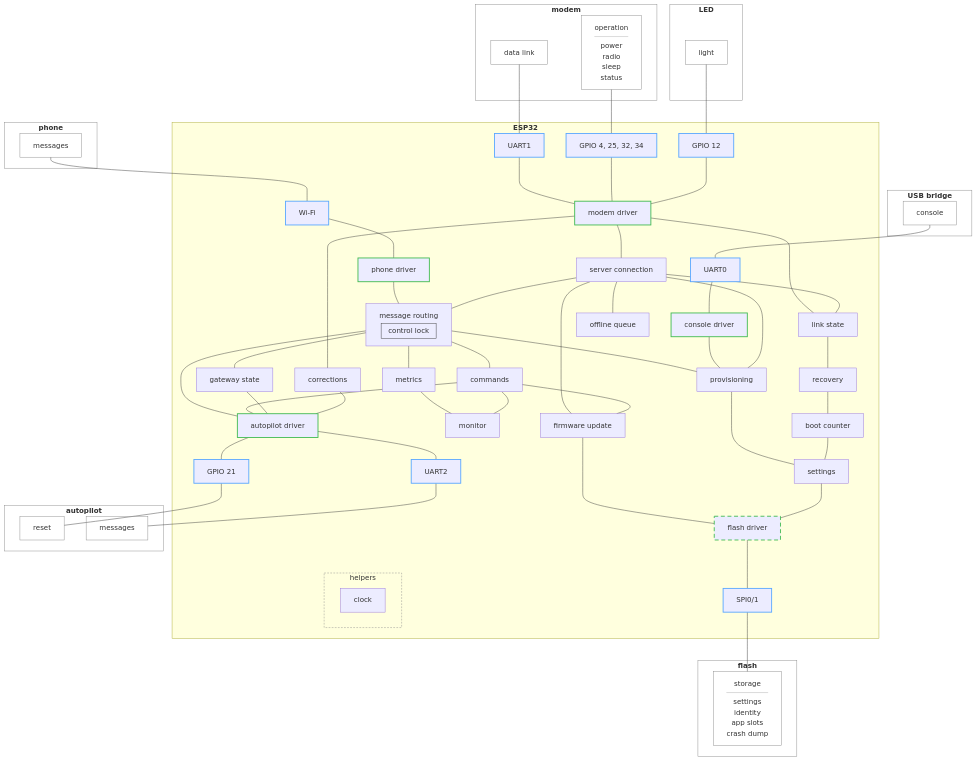
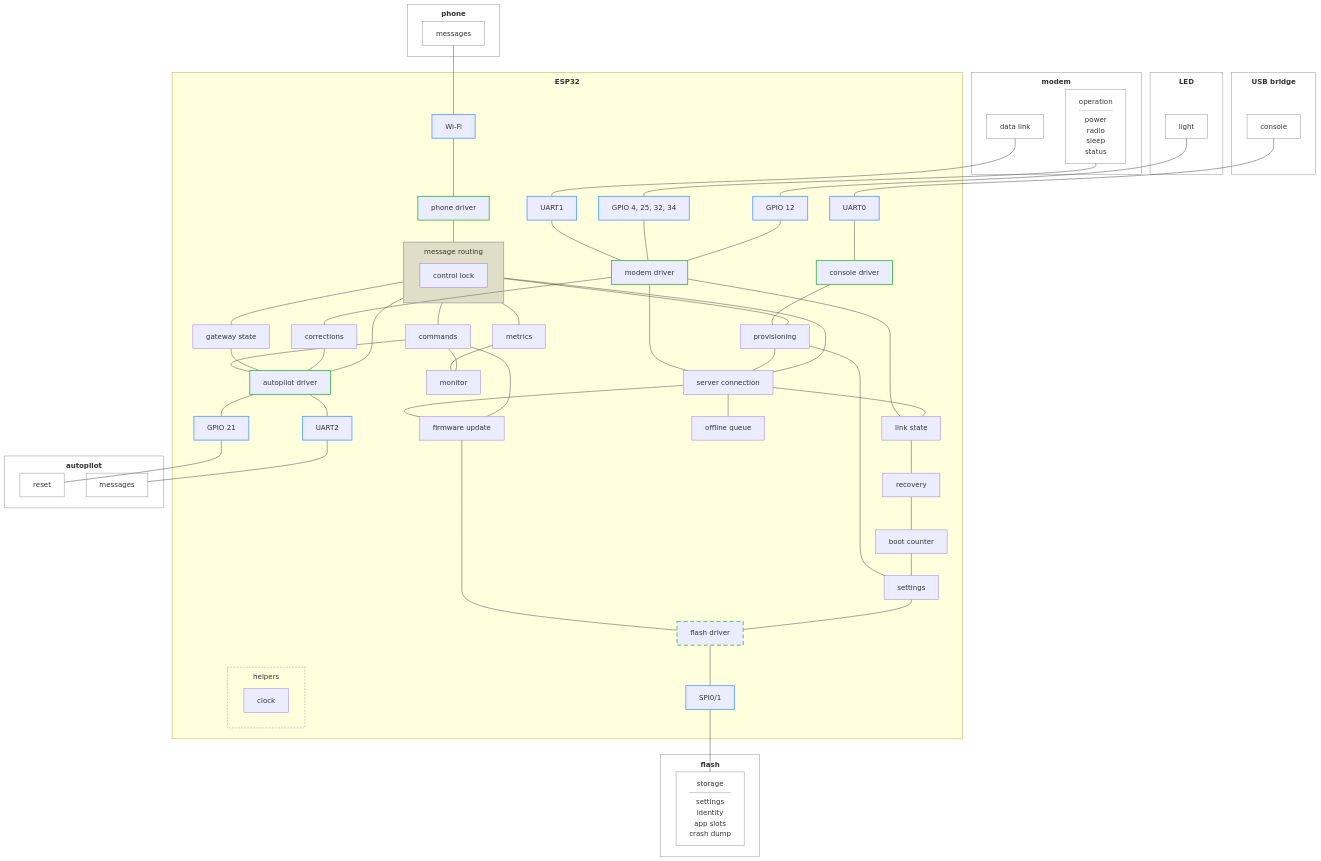
The diagram in .esp-architecture/diagrams/block-draft.md (rmx-lt/rmx-mower-gateway), drawn with Mermaid before and after one commit.

Commit message:
Draft: nested block without HTML

````diff
--- a/.esp-architecture/diagrams/block-draft.md
+++ b/.esp-architecture/diagrams/block-draft.md
@@ -5,4 +5,11 @@
 ```mermaid
+---
+config:
+  flowchart:
+    subGraphTitleMargin:
+      top: 10
+      bottom: 4
+---
 flowchart TD
   subgraph modem["<b>modem</b>"]
     mctl["operation<hr/>power<br/>radio<br/>sleep<br/>status"]
@@ -29,7 +36,9 @@
     con["console driver"]
     ntrip["corrections"]
     mqtt["server connection"]
-    msg["message routing<div style='border:1px solid;margin:6px 4px 2px;padding:4px 8px'>control lock</div>"]
+    subgraph msg["message routing"]
+      lock["control lock"]
+    end
     prov["provisioning"]
     cmd["commands"]
     upd["firmware update"]
@@ -99,6 +108,8 @@
   class fs sysdriver
   classDef helpers fill:none,stroke:#888,stroke-dasharray:4 3
   class help helpers
+  classDef owner fill:#8884,stroke:#aaa,stroke-width:2px
+  class msg owner
   classDef device fill:none,stroke:#888
   class modem,mdata,mctl,led,lparts,ap,amsg,areset,ph,pparts,usb,uparts,fl,fparts device
 ```
````
